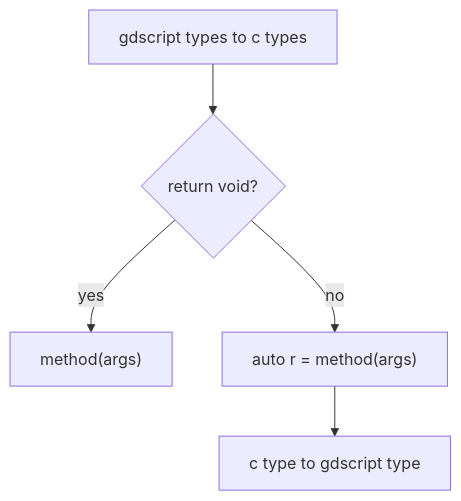
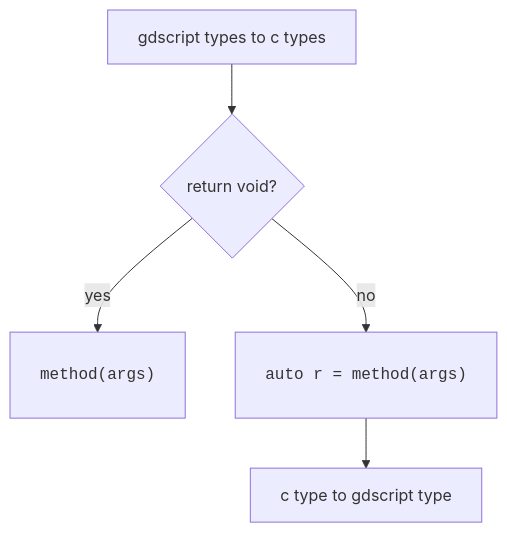
Before and after one commit to thiagola92/discord-social-sdk: the first of 2 diagrams in README.md, drawn with Mermaid. The commit also changed other lines of this file, not shown here.

````diff
--- a/README.md
+++ b/README.md
@@ -42,13 +42,13 @@
 ```mermaid
 flowchart TD
     gd_to_c[gdscript types to c types]
     return_void{return void?}
-    call_method1["method(args)"]
-    call_method2["auto r = method(args)"]
+    call_method1["<pre>method(args)</pre>"]
+    call_method2["<pre>auto r = method(args)</pre>"]
     c_to_gd[c type to gdscript type]
 
     gd_to_c-->return_void
     return_void--"yes"-->call_method1
     return_void--"no"-->call_method2
     call_method2-->c_to_gd
 ```
````
